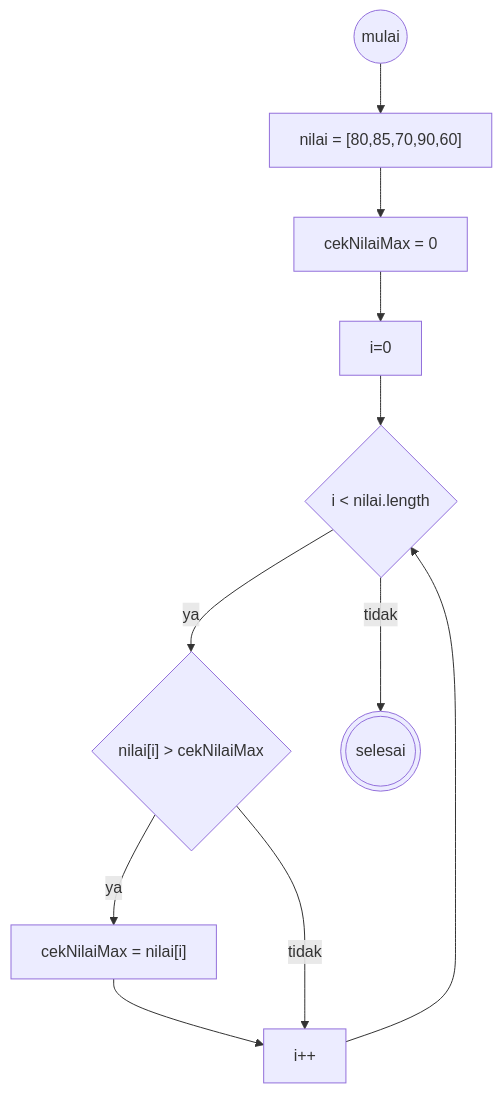
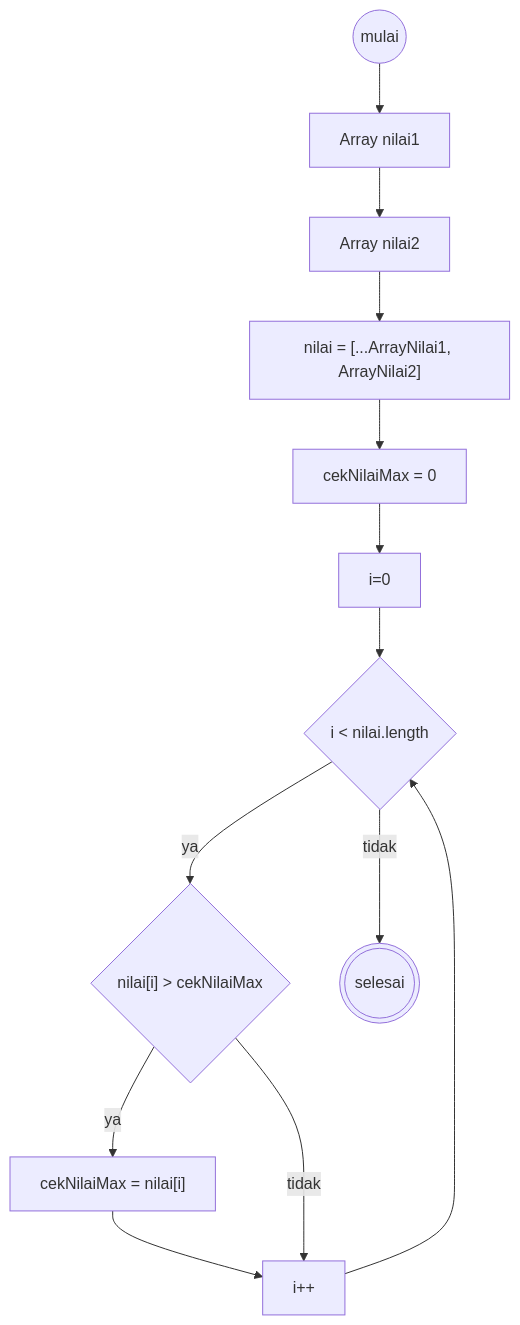
The first of 3 diagrams in koda-b1-minitask1.md (asasonda/koda-b1-javascript2), drawn with Mermaid before and after one commit. The commit also changed other lines of this file, not shown here.

````diff
--- a/koda-b1-minitask1.md
+++ b/koda-b1-minitask1.md
@@ -3,14 +3,16 @@
 ```mermaid
 flowchart TD
-    start((mulai)) --> NilaiArray["nilai = [80,85,70,90,60]"]
-    NilaiArray --> deklarasi[cekNilaiMax = 0]
+    start((mulai)) --> NilaiArray["Array nilai1"]
+    NilaiArray --> array2[Array nilai2]
+    array2 --> spread["nilai = [...ArrayNilai1, ArrayNilai2]"]
+    spread --> deklarasi[cekNilaiMax = 0]
     deklarasi --> i[i=0]
     i --> cek{"i < nilai.length"}
     cek -- ya --> kondisi{"nilai[i] > cekNilaiMax"}
     cek -- tidak --> selesai(((selesai)))
 
     kondisi -- ya --> simpan["cekNilaiMax = nilai[i]"]
     simpan --> increament[i++]
     increament --> cek
     kondisi -- tidak --> increament
 ```
````
